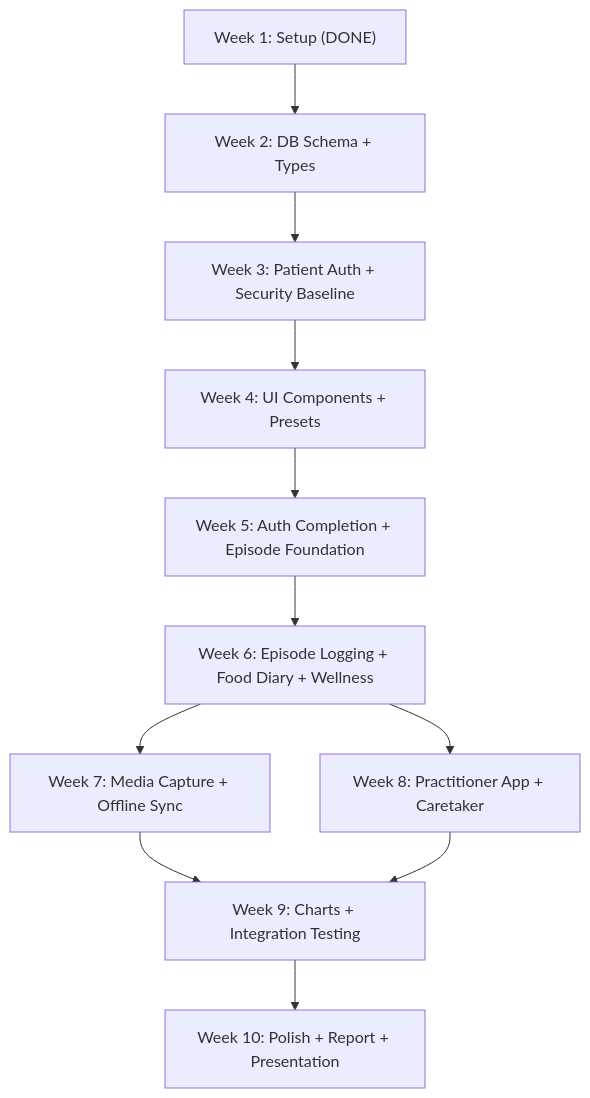
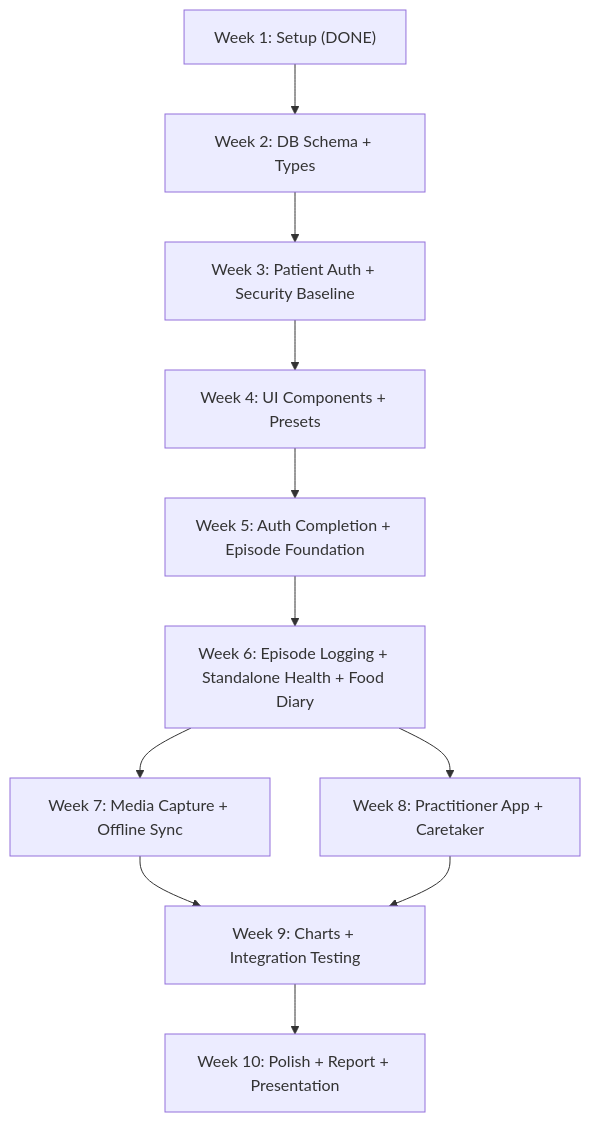
The diagram in docs/ROADMAP.md (threehappypenguins/ABStrack), drawn with Mermaid before and after one commit. The commit also changed other lines of this file and 1 other file, not shown here.

Commit message:
docs(roadmap): refactor Week 6 scope to episode-only symptoms, standalone health/food logging, and unified delete management surface

````diff
--- a/docs/ROADMAP.md
+++ b/docs/ROADMAP.md
@@ -234,24 +242,24 @@
 ```mermaid
 graph TD
     W1["Week 1: Setup (DONE)"]
     W2[Week 2: DB Schema + Types]
     W3[Week 3: Patient Auth + Security Baseline]
     W4[Week 4: UI Components + Presets]
     W5[Week 5: Auth Completion + Episode Foundation]
-    W6[Week 6: Episode Logging + Food Diary + Wellness]
+    W6[Week 6: Episode Logging + Standalone Health + Food Diary]
     W7[Week 7: Media Capture + Offline Sync]
     W8[Week 8: Practitioner App + Caretaker]
     W9[Week 9: Charts + Integration Testing]
     W10[Week 10: Polish + Report + Presentation]
 
     W1 --> W2
     W2 --> W3
     W3 --> W4
     W4 --> W5
     W5 --> W6
     W6 --> W7
     W6 --> W8
     W7 --> W9
     W8 --> W9
     W9 --> W10
 ```
````
